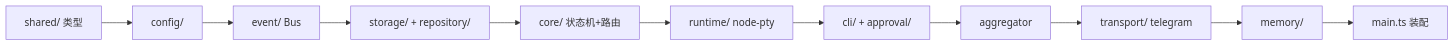
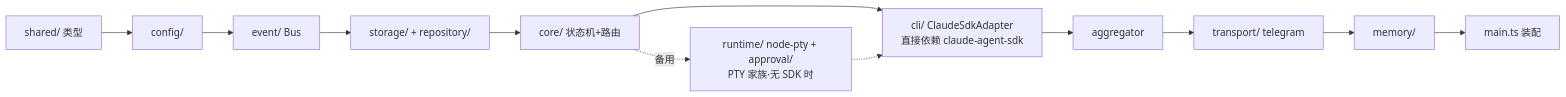
The first of 2 diagrams in docs/05-Implementation-Plan.md (ygq-future/ai-cli-hub), drawn with Mermaid before and after one commit. The commit also changed other lines of this file and 7 other files, not shown here.

First line of the commit message:
docs(D11): CLIAdapter 语义接缝 + Claude 走 Agent SDK,PTY 降为备用

````diff
--- a/docs/05-Implementation-Plan.md
+++ b/docs/05-Implementation-Plan.md
@@ -13,13 +13,14 @@
 ```mermaid
 flowchart LR
     A[shared/ 类型] --> B[config/]
     B --> C[event/ Bus]
     C --> D[storage/ + repository/]
     D --> E[core/ 状态机+路由]
-    E --> F[runtime/ node-pty]
-    F --> G[cli/ + approval/]
-    G --> H[aggregator]
+    E --> F[cli/ ClaudeSdkAdapter<br/>直接依赖 claude-agent-sdk]
+    F --> H[aggregator]
     H --> I[transport/ telegram]
     I --> J[memory/]
     J --> K[main.ts 装配]
+    E -.备用.-> P[runtime/ node-pty + approval/<br/>PTY 家族·无 SDK 时]
+    P -.-> F
 ```
````
